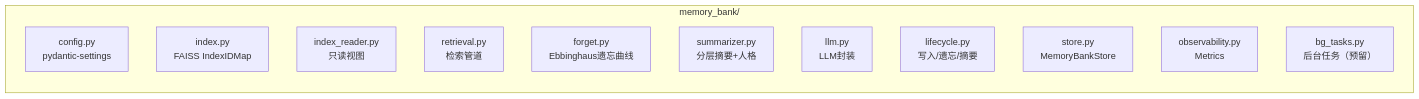
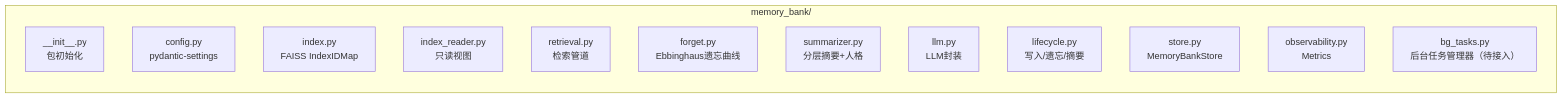
The diagram in app/memory/AGENTS.md (MiyakoMeow/DrivePal), drawn with Mermaid before and after one commit. The commit also changed other lines of this file and 13 other files, not shown here.

````diff
--- a/app/memory/AGENTS.md
+++ b/app/memory/AGENTS.md
@@ -11,16 +11,17 @@
 ```mermaid
 flowchart LR
     subgraph MB["memory_bank/"]
+        IN["__init__.py<br/>包初始化"]
         CF["config.py<br/>pydantic-settings"]
         IX["index.py<br/>FAISS IndexIDMap"]
         IR["index_reader.py<br/>只读视图"]
         RT["retrieval.py<br/>检索管道"]
         FG["forget.py<br/>Ebbinghaus遗忘曲线"]
         SM["summarizer.py<br/>分层摘要+人格"]
         LL["llm.py<br/>LLM封装"]
         LC["lifecycle.py<br/>写入/遗忘/摘要"]
         ST["store.py<br/>MemoryBankStore"]
         OB["observability.py<br/>Metrics"]
-        BG["bg_tasks.py<br/>后台任务（预留）"]
+        BG["bg_tasks.py<br/>后台任务管理器（待接入）"]
     end
 ```
````
